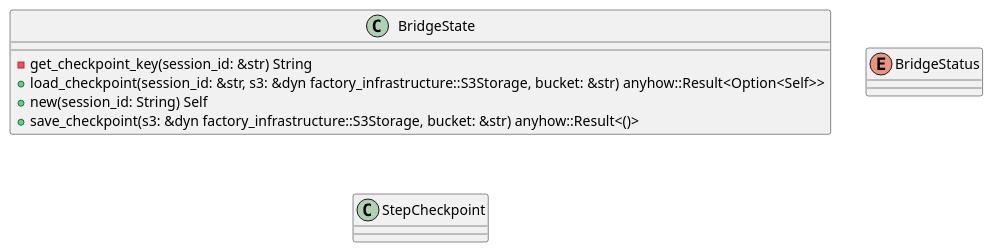
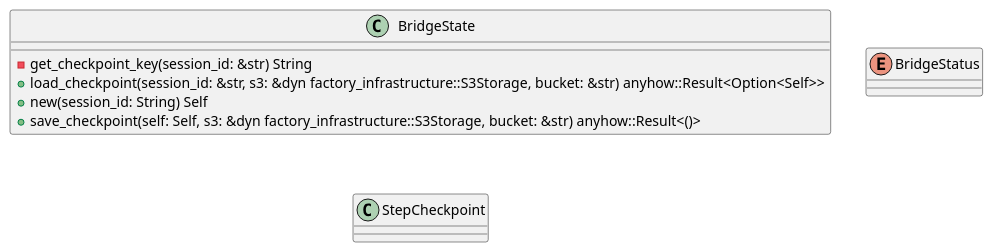
The first of 6 diagrams in openwiki/crates_factory_application_src_bridge_state.md (lgcorzo/rust_CACD_autonomous_factory), drawn with PlantUML before and after one commit. The commit also changed other lines of this file and 95 other files, not shown here.

````diff
--- a/openwiki/crates_factory_application_src_bridge_state.md
+++ b/openwiki/crates_factory_application_src_bridge_state.md
@@ -187,15 +188,15 @@
 ```plantuml
 @startuml
 class BridgeState {
     -get_checkpoint_key(session_id: &str) String
     +load_checkpoint(session_id: &str, s3: &dyn factory_infrastructure::S3Storage, bucket: &str) anyhow::Result<Option<Self>>
     +new(session_id: String) Self
-    +save_checkpoint(s3: &dyn factory_infrastructure::S3Storage, bucket: &str) anyhow::Result<()>
+    +save_checkpoint(self: Self, s3: &dyn factory_infrastructure::S3Storage, bucket: &str) anyhow::Result<()>
 }
 enum BridgeStatus {
 }
 class StepCheckpoint {
 }
 @enduml
 
 ```
````
